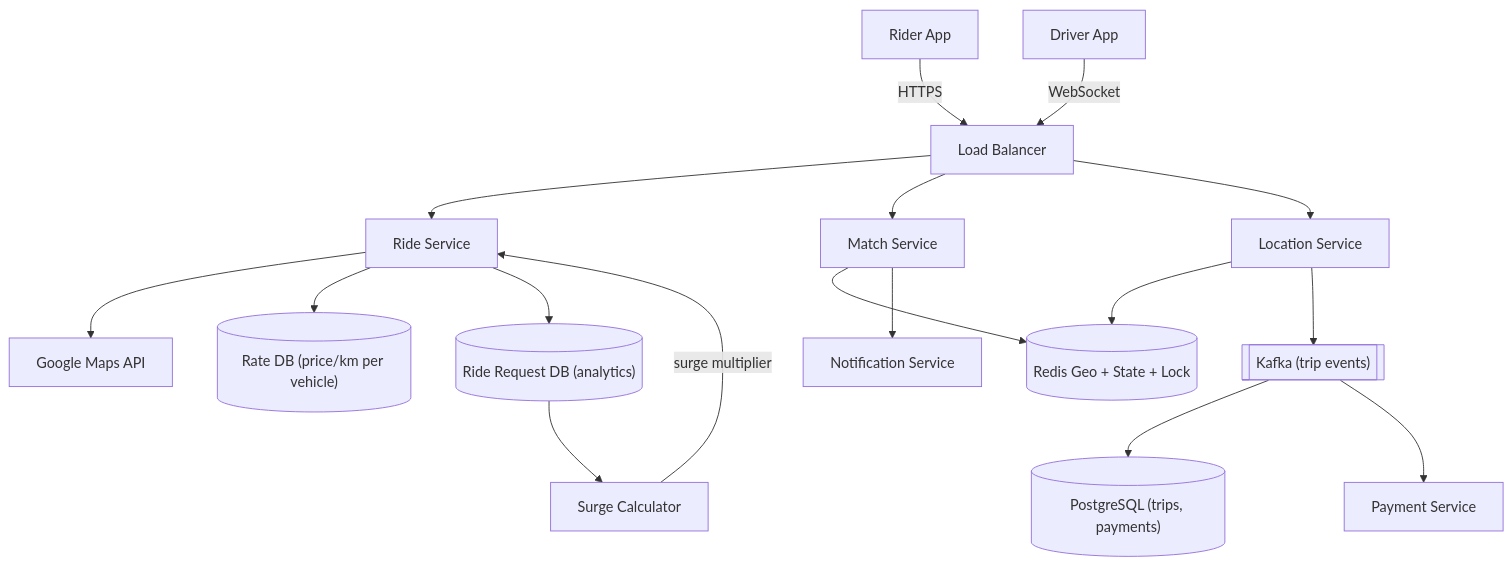
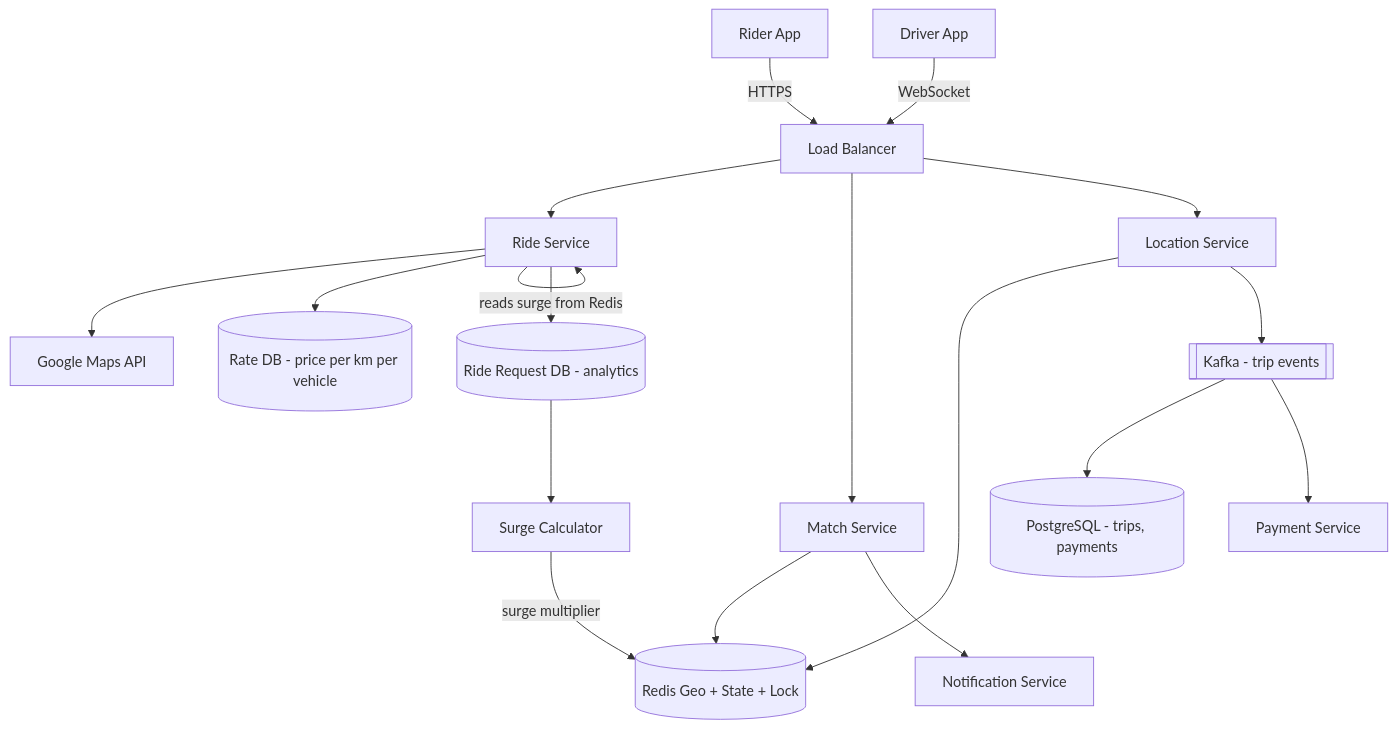
The third of 6 diagrams in system-design/latest & updated/ride-booking-uber-rapido.md (shyamalm88/MechineCoding), drawn with Mermaid before and after one commit. The commit also changed other lines of this file and 9 other files, not shown here.

````diff
--- a/system-design/latest & updated/ride-booking-uber-rapido.md
+++ b/system-design/latest & updated/ride-booking-uber-rapido.md
@@ -167,33 +224,36 @@
 ```mermaid
 graph TD
     Rider["Rider App"]
     Driver["Driver App"]
     LB["Load Balancer"]
     RS["Ride Service"]
     SC["Surge Calculator"]
     MS["Match Service"]
     LS["Location Service"]
     NS["Notification Service"]
     PS["Payment Service"]
-    RateDB[("Rate DB (price/km per vehicle)")]
-    ReqDB[("Ride Request DB (analytics)")]
+    RateDB[("Rate DB - price per km per vehicle")]
+    ReqDB[("Ride Request DB - analytics")]
     Redis[("Redis Geo + State + Lock")]
-    K[["Kafka (trip events)"]]
-    TripDB[("PostgreSQL (trips, payments)")]
+    K[["Kafka - trip events"]]
+    TripDB[("PostgreSQL - trips, payments")]
     Maps["Google Maps API"]
 
     Rider -->|HTTPS| LB
     Driver -->|WebSocket| LB
-    LB --> RS & MS & LS
+    LB --> RS
+    LB --> MS
+    LB --> LS
     RS --> Maps
     RS --> RateDB
     RS --> ReqDB
     ReqDB --> SC
-    SC -->|surge multiplier| RS
+    SC -->|surge multiplier| Redis
+    RS -->|reads surge from Redis| RS
     MS --> Redis
     MS --> NS
     LS --> Redis
     LS --> K
     K --> TripDB
     K --> PS
 ```
````
